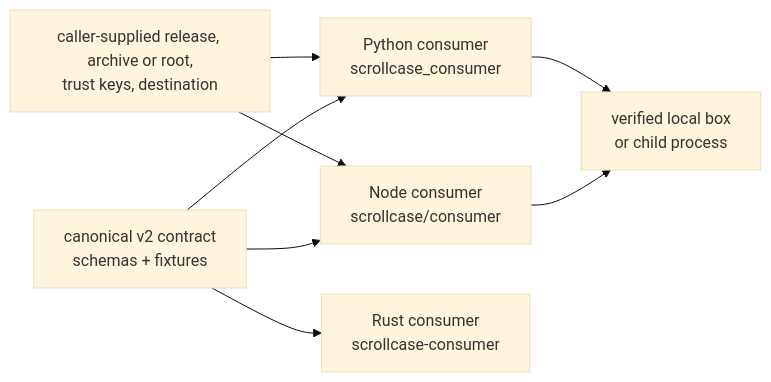
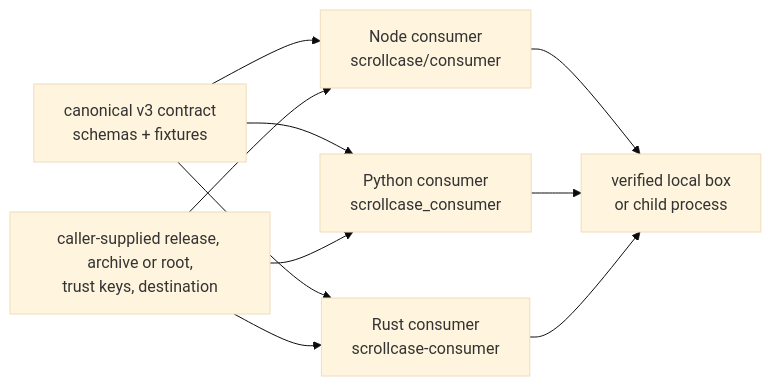
One commit to suffro/scrollcase changed the first of 3 diagrams in docs/concepts/architecture.md. Above: the diagram before and after it, drawn with Mermaid (base theme). The commit also changed other lines of this file and 156 other files, not shown here.

````diff
--- a/docs/concepts/architecture.md
+++ b/docs/concepts/architecture.md
@@ -22,10 +23,12 @@
 ```mermaid
 flowchart LR
-  C["canonical v2 contract<br/>schemas + fixtures"] --> N["Node consumer<br/>scrollcase/consumer"]
+  C["canonical v3 contract<br/>schemas + fixtures"] --> N["Node consumer<br/>scrollcase/consumer"]
   C --> P["Python consumer<br/>scrollcase_consumer"]
   C --> R["Rust consumer<br/>scrollcase-consumer"]
   F["caller-supplied release, archive or root,<br/>trust keys, destination"] --> N
   F --> P
+  F --> R
   N --> L["verified local box<br/>or child process"]
   P --> L
+  R --> L
 ```
````
